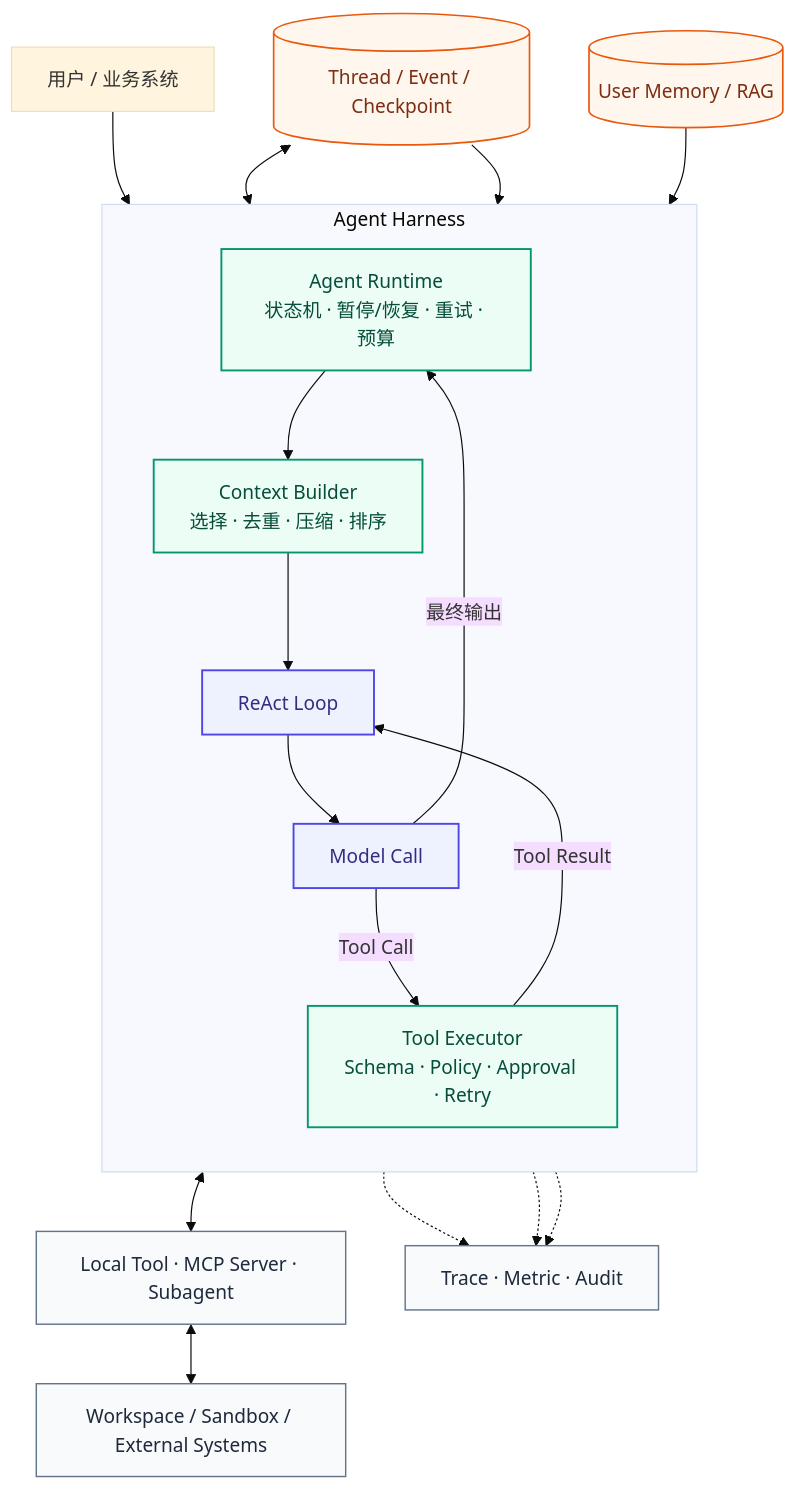
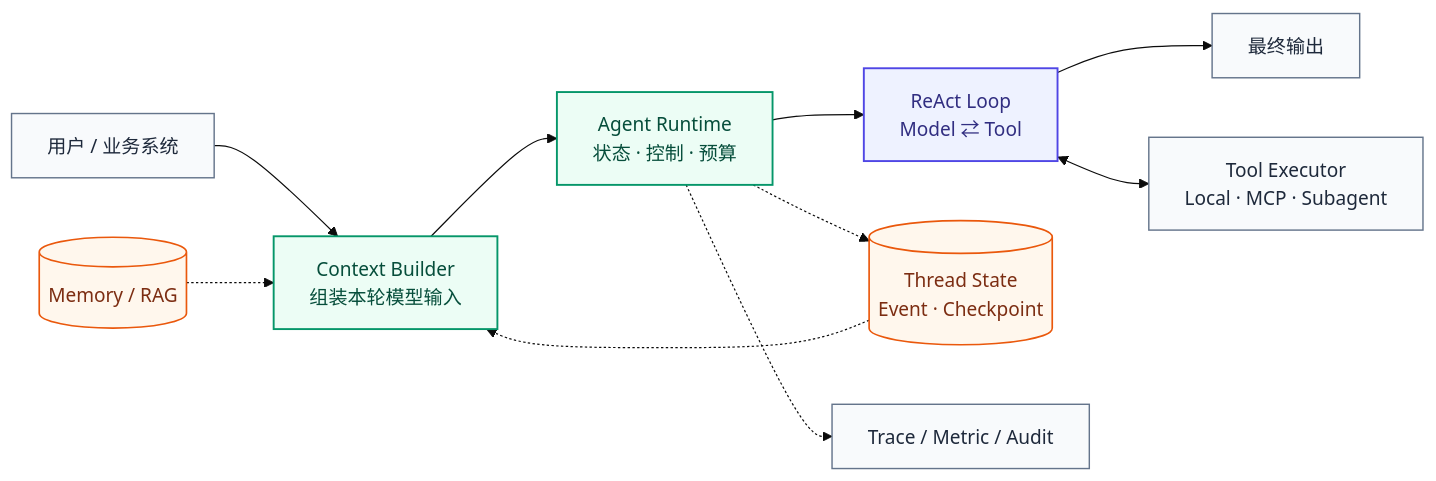
The second of 4 diagrams in AG.md (Kovember/Cool_boy), drawn with Mermaid (base theme) before and after one commit. The commit also changed other lines of this file and 1 other file, not shown here.

Commit message:
docs: refine agent and model serving notes

````diff
--- a/AG.md
+++ b/AG.md
@@ -149,43 +142,30 @@
 ```mermaid
-flowchart TB
-    U["用户 / 业务系统"] --> RT
+flowchart LR
+    U["用户 / 业务系统"]
+    CB["Context Builder<br/>组装本轮模型输入"]
+    RT["Agent Runtime<br/>状态 · 控制 · 预算"]
+    LOOP["ReAct Loop<br/>Model ⇄ Tool"]
+    OUT["最终输出"]
 
-    subgraph HARNESS["Agent Harness"]
-        direction TB
-        RT["Agent Runtime<br/>状态机 · 暂停/恢复 · 重试 · 预算"]
-        CB["Context Builder<br/>选择 · 去重 · 压缩 · 排序"]
-        LOOP["ReAct Loop"]
-        MODEL["Model Call"]
-        EXEC["Tool Executor<br/>Schema · Policy · Approval · Retry"]
+    U --> CB --> RT --> LOOP --> OUT
 
-        RT --> CB --> LOOP
-        LOOP --> MODEL
-        MODEL -->|"Tool Call"| EXEC
-        EXEC -->|"Tool Result"| LOOP
-        MODEL -->|"最终输出"| RT
-    end
+    STATE[("Thread State<br/>Event · Checkpoint")]
+    KNOW[("Memory / RAG")]
+    TOOL["Tool Executor<br/>Local · MCP · Subagent"]
+    OBS["Trace / Metric / Audit"]
 
-    THREAD[("Thread / Event / Checkpoint")]
-    MEMORY[("User Memory / RAG")]
-    TOOLS["Local Tool · MCP Server · Subagent"]
-    ENV["Workspace / Sandbox / External Systems"]
-    OBS["Trace · Metric · Audit"]
-
-    THREAD <--> RT
-    THREAD --> CB
-    MEMORY --> CB
-    EXEC <--> TOOLS
-    TOOLS <--> ENV
+    STATE -.-> CB
+    KNOW -.-> CB
+    RT -.-> STATE
+    LOOP <--> TOOL
     RT -.-> OBS
-    CB -.-> OBS
-    EXEC -.-> OBS
 
     classDef core fill:#EEF2FF,stroke:#4F46E5,color:#312E81,stroke-width:1.6px;
     classDef control fill:#ECFDF5,stroke:#059669,color:#064E3B,stroke-width:1.6px;
     classDef store fill:#FFF7ED,stroke:#EA580C,color:#7C2D12,stroke-width:1.4px;
     classDef external fill:#F8FAFC,stroke:#64748B,color:#1E293B,stroke-width:1.2px;
-    class RT,CB,EXEC control;
-    class LOOP,MODEL core;
-    class THREAD,MEMORY store;
-    class TOOLS,ENV,OBS external;
+    class RT,CB control;
+    class LOOP core;
+    class STATE,KNOW store;
+    class U,OUT,TOOL,OBS external;
 ```
````
